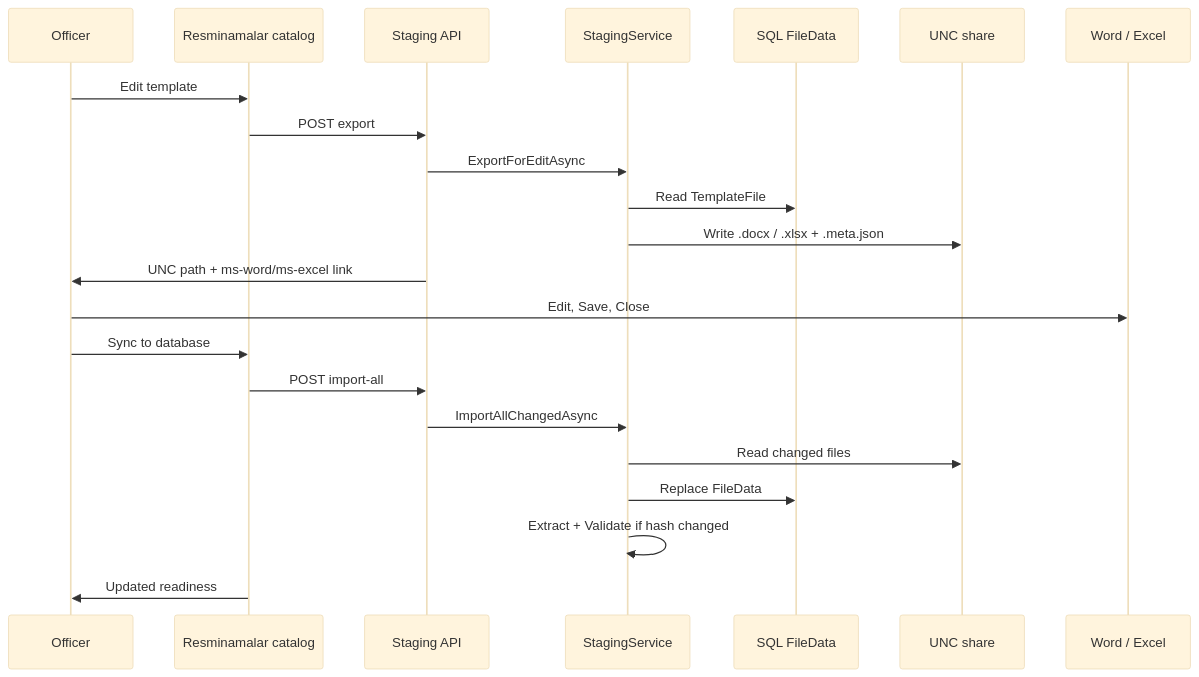
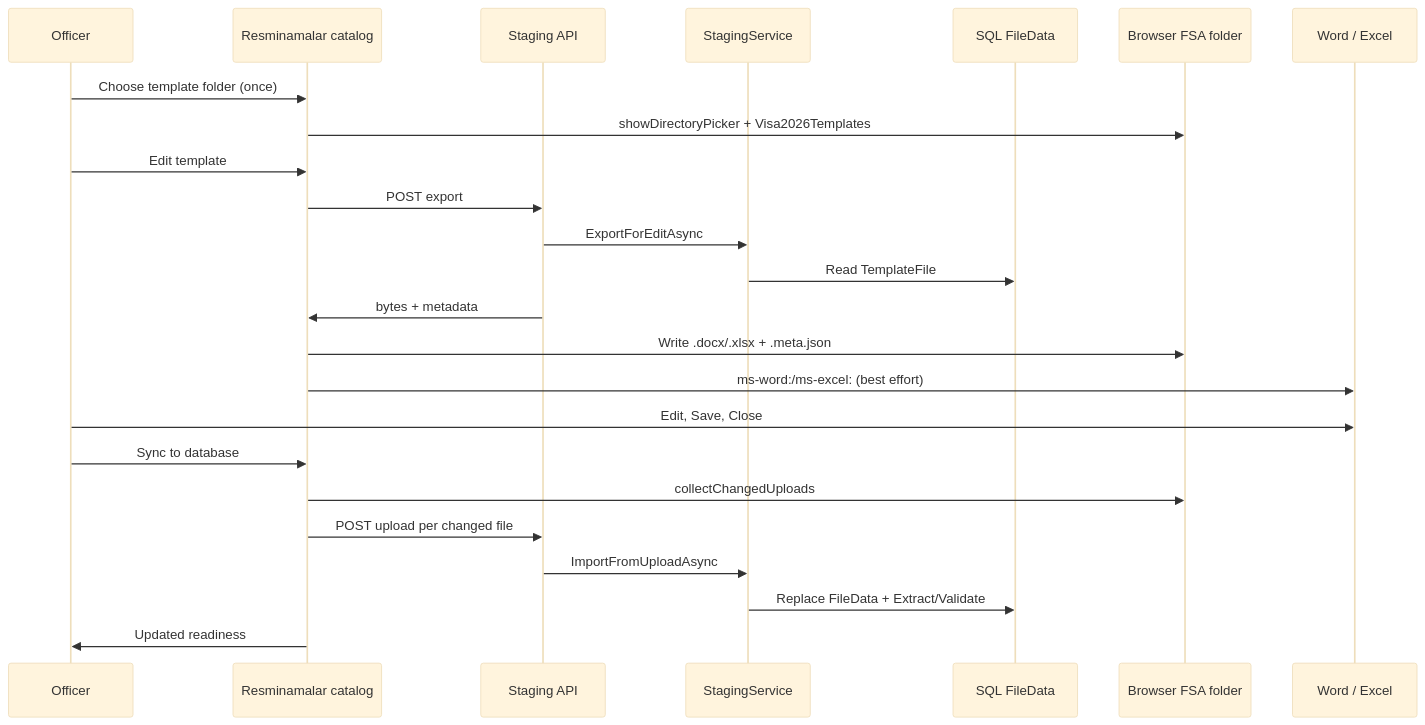
One commit to webapis/Visa2026 changed the first of 2 diagrams in docs/TEMPLATE_STAGING_EDIT.md. Above: the diagram before and after it, drawn with Mermaid (base theme). The commit also changed other lines of this file and 39 other files, not shown here.

First line of the commit message:
Simplify Resminamalar template edit to local sandbox and fix Office open.

````diff
--- a/docs/TEMPLATE_STAGING_EDIT.md
+++ b/docs/TEMPLATE_STAGING_EDIT.md
@@ -26,25 +20,27 @@
 ```mermaid
 sequenceDiagram
     participant Officer
     participant Catalog as Resminamalar catalog
     participant API as Staging API
     participant Module as StagingService
     participant DB as SQL FileData
-    participant Share as UNC share
+    participant FSA as Browser FSA folder
     participant Office as Word / Excel
 
+    Officer->>Catalog: Choose template folder (once)
+    Catalog->>FSA: showDirectoryPicker + Visa2026Templates
     Officer->>Catalog: Edit template
     Catalog->>API: POST export
     API->>Module: ExportForEditAsync
     Module->>DB: Read TemplateFile
-    Module->>Share: Write .docx / .xlsx + .meta.json
-    API->>Officer: UNC path + ms-word/ms-excel link
+    API->>Catalog: bytes + metadata
+    Catalog->>FSA: Write .docx/.xlsx + .meta.json
+    Catalog->>Office: ms-word:/ms-excel: (best effort)
     Officer->>Office: Edit, Save, Close
     Officer->>Catalog: Sync to database
-    Catalog->>API: POST import-all
-    API->>Module: ImportAllChangedAsync
-    Module->>Share: Read changed files
-    Module->>DB: Replace FileData
-    Module->>Module: Extract + Validate if hash changed
+    Catalog->>FSA: collectChangedUploads
+    Catalog->>API: POST upload per changed file
+    API->>Module: ImportFromUploadAsync
+    Module->>DB: Replace FileData + Extract/Validate
     Catalog->>Officer: Updated readiness
 ```
````
